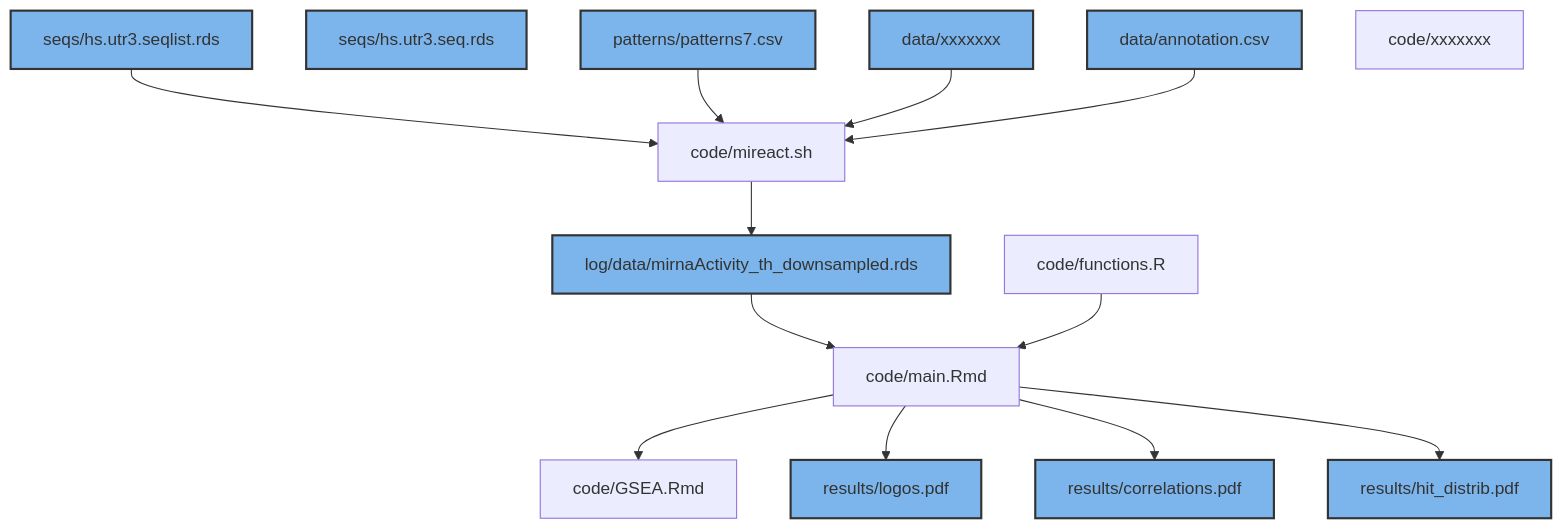
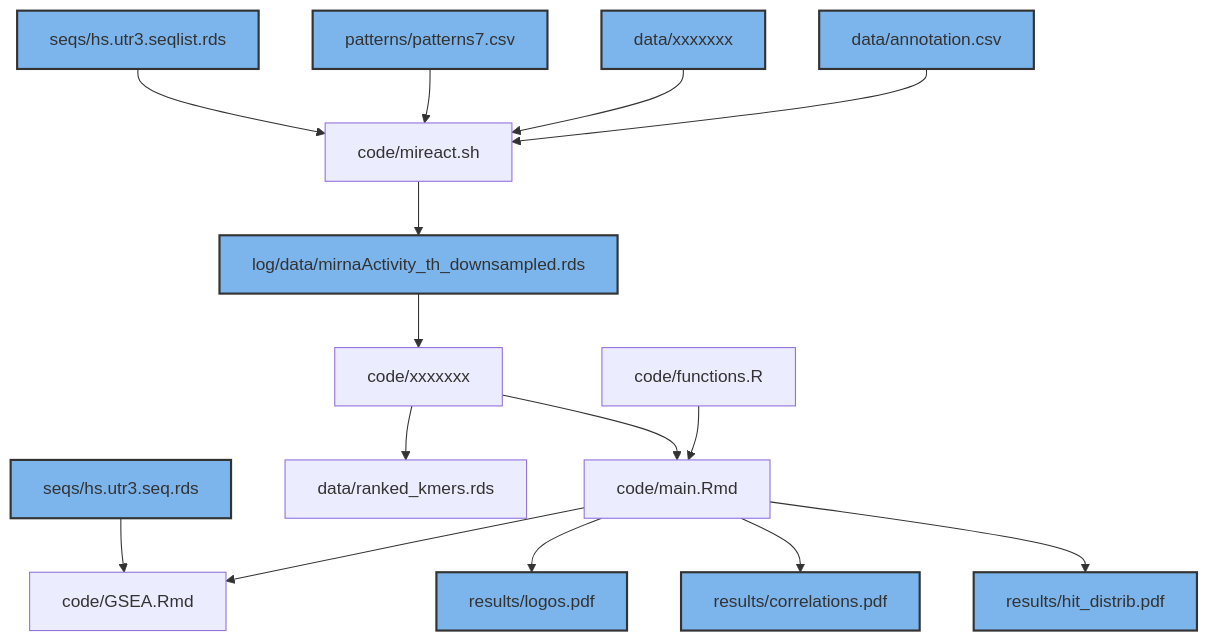
One commit to PaulaRodrigoMartin/SMLB changed the diagram in README.md. Above: the diagram before and after it, drawn with Mermaid.

````diff
--- a/README.md
+++ b/README.md
@@ -1,41 +1,45 @@
 ```mermaid
 graph TD;
     seqlist[seqs/hs.utr3.seqlist.rds]
     seqs[seqs/hs.utr3.seq.rds]
     mireact_input[data/xxxxxxx]
     miReact_output[log/data/mirnaActivity_th_downsampled.rds]
     7mers[patterns/patterns7.csv]
     annotation[data/annotation.csv]
     miReact[code/mireact.sh]
     rank[code/xxxxxxx]
     functions[code/functions.R]
     main_notebook[code/main.Rmd]
     GSEA[code/GSEA.Rmd]
     logos[results/logos.pdf]
     corrm[results/correlations.pdf]
     distrib[results/hit_distrib.pdf]
+    ranked_seqs[data/ranked_kmers.rds]
     
 
     style seqlist fill:#7cb5ec,stroke:#333,stroke-width:2px;
     style miReact_output fill:#7cb5ec,stroke:#333,stroke-width:2px;
     style 7mers fill:#7cb5ec,stroke:#333,stroke-width:2px;
     style mireact_input fill:#7cb5ec,stroke:#333,stroke-width:2px;
     style seqs fill:#7cb5ec,stroke:#333,stroke-width:2px;
     style annotation fill:#7cb5ec,stroke:#333,stroke-width:2px;
     style logos fill:#7cb5ec,stroke:#333,stroke-width:2px;
     style corrm fill:#7cb5ec,stroke:#333,stroke-width:2px;
     style distrib fill:#7cb5ec,stroke:#333,stroke-width:2px;
 
     seqlist-->miReact
     7mers-->miReact
     mireact_input-->miReact
     annotation-->miReact
     miReact-->miReact_output
-    miReact_output-->main_notebook
     functions-->main_notebook
     main_notebook-->GSEA
     main_notebook-->logos
     main_notebook-->corrm
     main_notebook-->distrib
+    seqs-->GSEA
+    rank--> ranked_seqs
+    miReact_output-->rank
+    rank-->main_notebook
 
 ```
````
